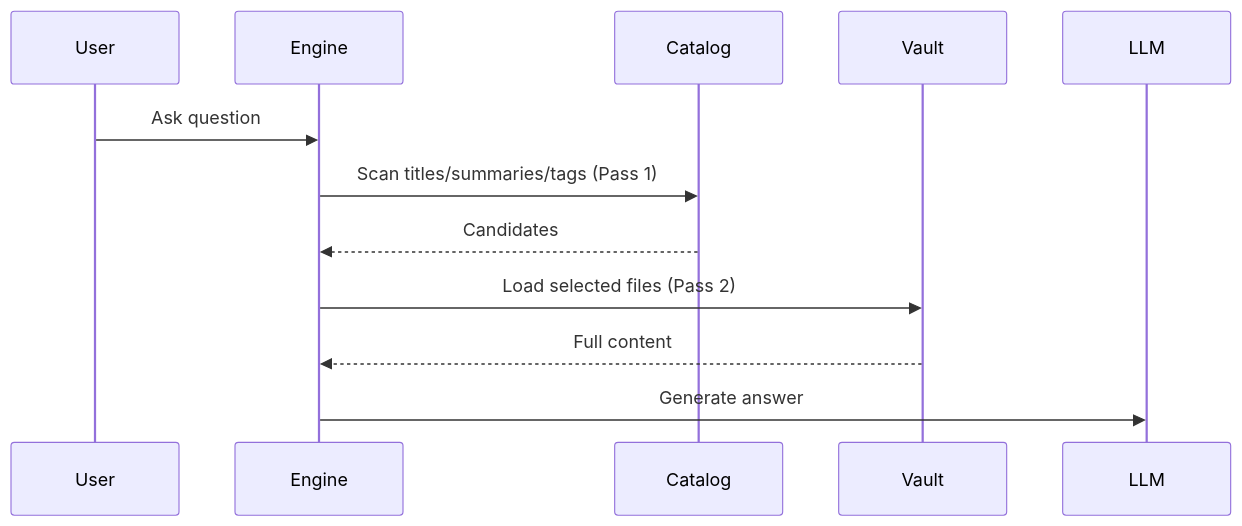
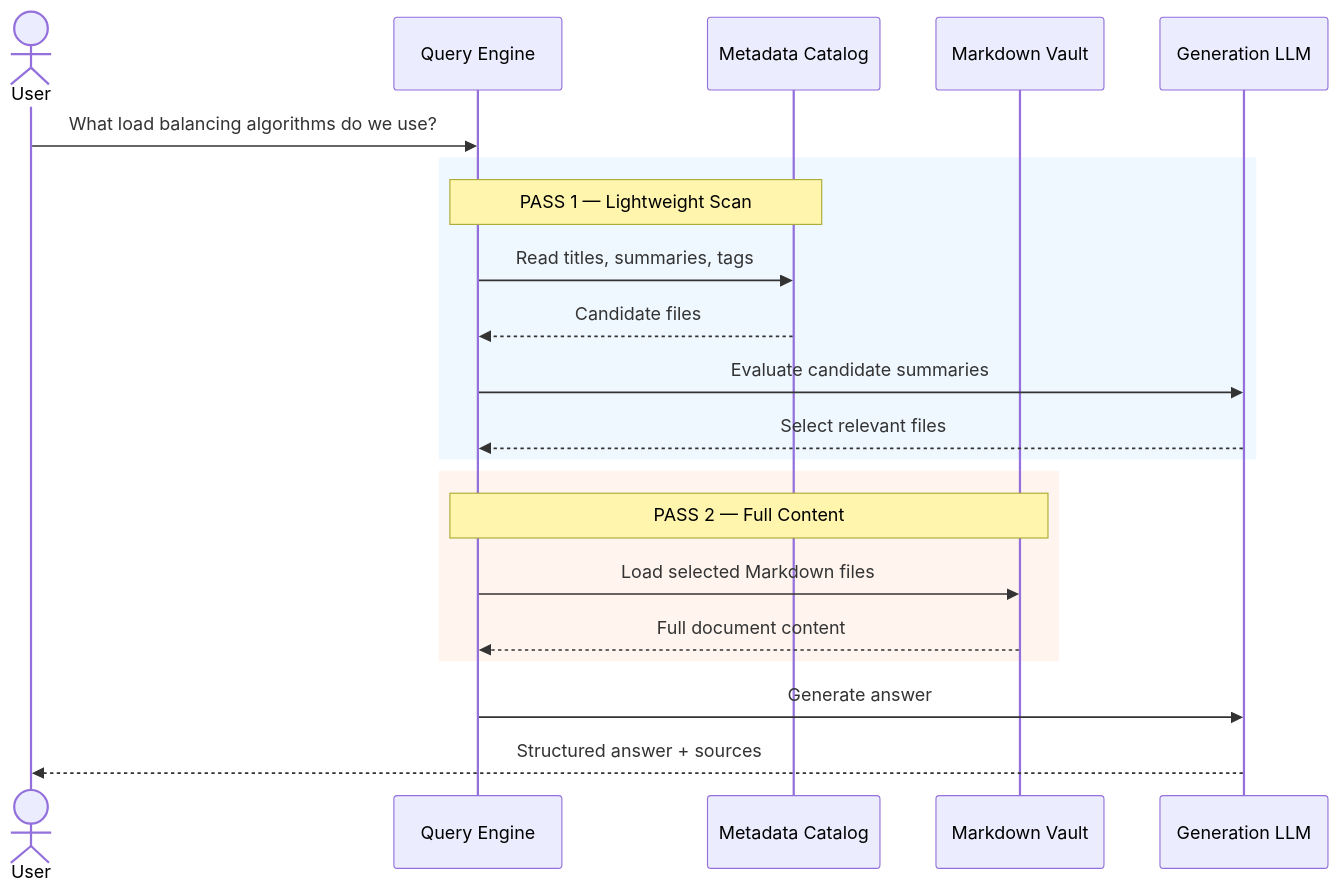
Before and after one commit to Amie-dev/FDE-and-GenAI-Mastery: the seventh of 14 diagrams in Lecture 18 - Vectorless RAG and LLM Wiki/notes/Lecture_18_Complete_Notes.md, drawn with Mermaid. The commit also changed other lines of this file and 7 other files, not shown here.

First line of the commit message:
Enhance documentation on Vectorless RAG and LLM Wiki architectures

````diff
--- a/Lecture 18 - Vectorless RAG and LLM Wiki/notes/Lecture_18_Complete_Notes.md
+++ b/Lecture 18 - Vectorless RAG and LLM Wiki/notes/Lecture_18_Complete_Notes.md
@@ -168,9 +416,27 @@
 ```mermaid
 sequenceDiagram
-    User->>Engine: Ask question
-    Engine->>Catalog: Scan titles/summaries/tags (Pass 1)
-    Catalog-->>Engine: Candidates
-    Engine->>Vault: Load selected files (Pass 2)
-    Vault-->>Engine: Full content
+    actor User
+    participant Engine as Query Engine
+    participant Catalog as Metadata Catalog
+    participant Vault as Markdown Vault
+    participant LLM as Generation LLM
+
+    User->>Engine: What load balancing algorithms do we use?
+
+    rect rgb(240, 248, 255)
+        Note over Engine,Catalog: PASS 1 — Lightweight Scan
+        Engine->>Catalog: Read titles, summaries, tags
+        Catalog-->>Engine: Candidate files
+        Engine->>LLM: Evaluate candidate summaries
+        LLM-->>Engine: Select relevant files
+    end
+
+    rect rgb(255, 245, 238)
+        Note over Engine,Vault: PASS 2 — Full Content
+        Engine->>Vault: Load selected Markdown files
+        Vault-->>Engine: Full document content
+    end
+
     Engine->>LLM: Generate answer
+    LLM-->>User: Structured answer + sources
 ```
````
